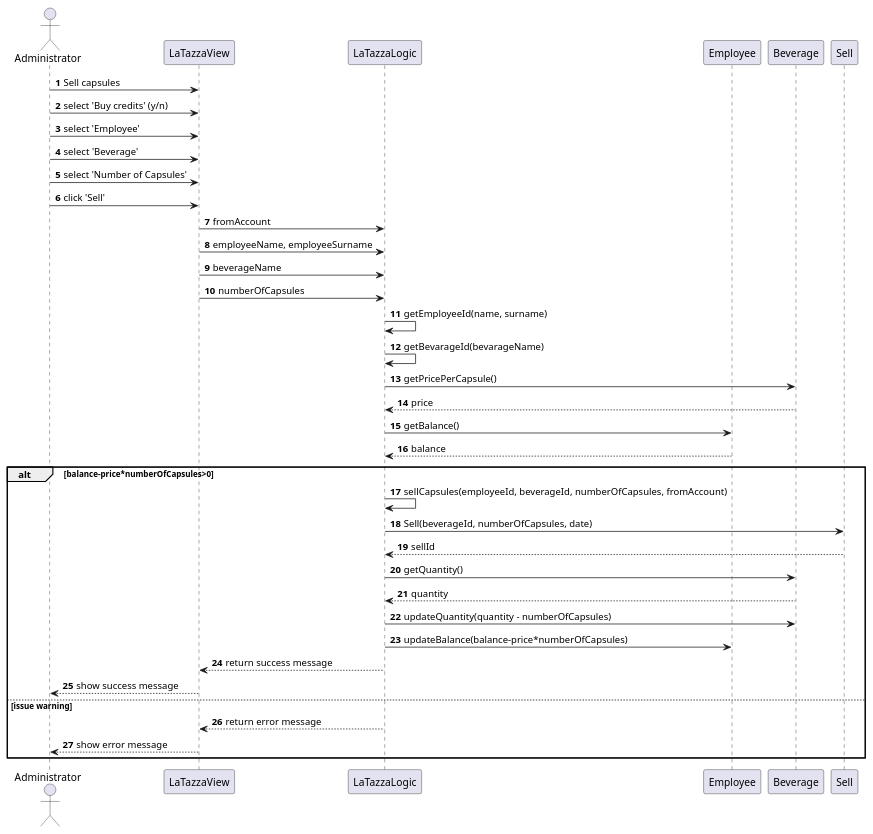
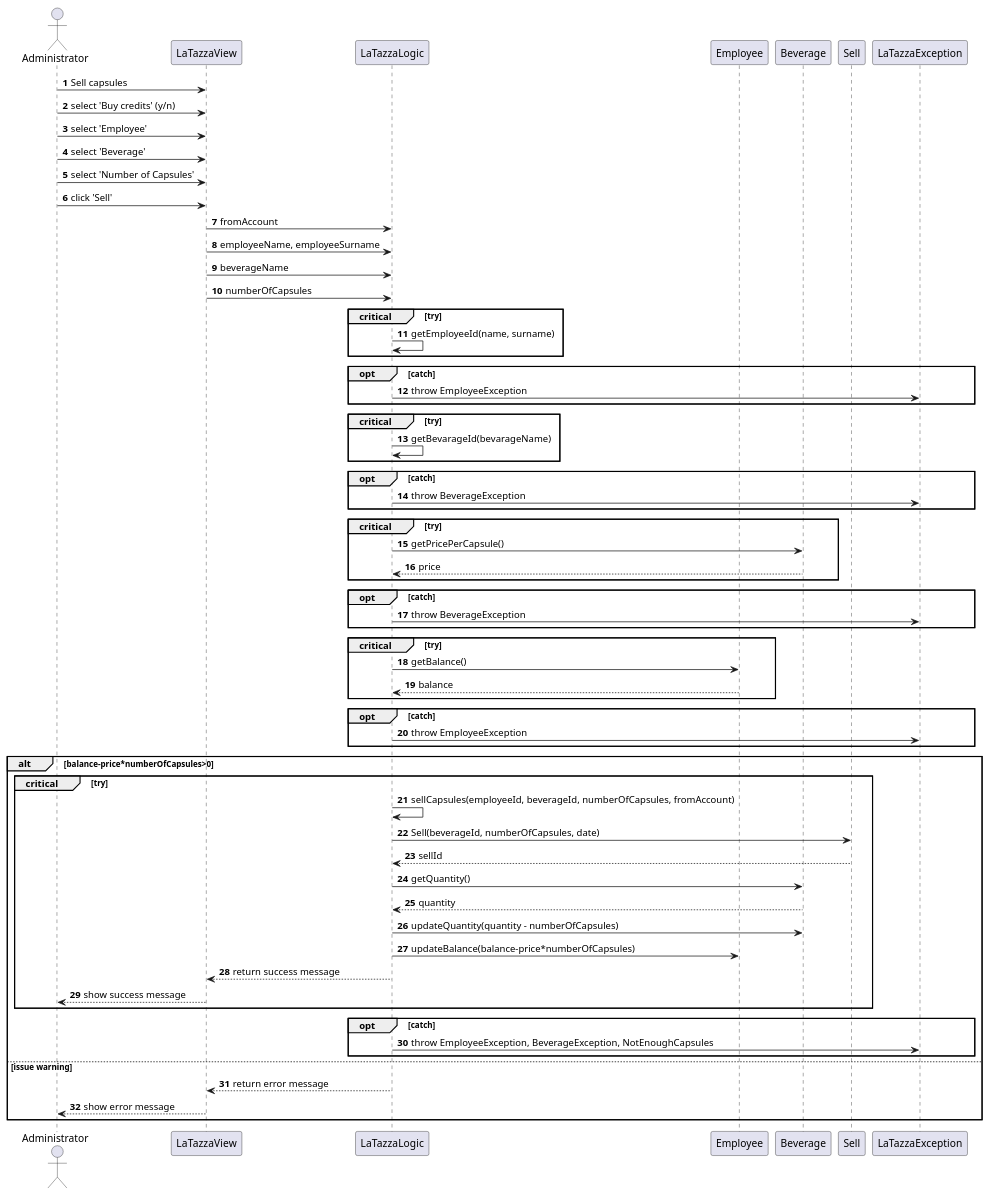
Before and after one commit to SimoneDutto/LaTazza: the third of 3 diagrams in templates/DesignDocumentTemplate.md, drawn with PlantUML. The commit also changed other lines of this file, not shown here.

Commit message:
Add LaTazzaException in Sequence Diagram

````diff
--- a/templates/DesignDocumentTemplate.md
+++ b/templates/DesignDocumentTemplate.md
@@ -219,48 +222,74 @@
 ```plantuml
 actor Administrator
 participant LaTazzaView
 participant LaTazzaLogic
 participant Employee
 participant Beverage
 participant Sell
+participant LaTazzaException
 autonumber
 
 Administrator -> LaTazzaView: Sell capsules
 Administrator -> LaTazzaView: select 'Buy credits' (y/n)
 Administrator -> LaTazzaView: select 'Employee'
 Administrator -> LaTazzaView: select 'Beverage'
 Administrator -> LaTazzaView: select 'Number of Capsules'
 Administrator -> LaTazzaView: click 'Sell'
 
 LaTazzaView -> LaTazzaLogic: fromAccount
 LaTazzaView -> LaTazzaLogic: employeeName, employeeSurname
 LaTazzaView -> LaTazzaLogic: beverageName
 LaTazzaView -> LaTazzaLogic: numberOfCapsules
 
-LaTazzaLogic -> LaTazzaLogic:getEmployeeId(name, surname)
-LaTazzaLogic -> LaTazzaLogic: getBevarageId(bevarageName)
+critical try 
+    LaTazzaLogic -> LaTazzaLogic:getEmployeeId(name, surname)
+end
+opt catch 
+    LaTazzaLogic -> LaTazzaException: throw EmployeeException
+end
 
-LaTazzaLogic -> Beverage: getPricePerCapsule()
-Beverage --> LaTazzaLogic: price
+critical try
+    LaTazzaLogic -> LaTazzaLogic: getBevarageId(bevarageName)
+end
+opt catch
+    LaTazzaLogic -> LaTazzaException: throw BeverageException
+end
 
-LaTazzaLogic -> Employee: getBalance()
+critical try
+    LaTazzaLogic -> Beverage: getPricePerCapsule()
+    Beverage --> LaTazzaLogic: price
+end
+opt catch
+    LaTazzaLogic -> LaTazzaException: throw BeverageException
+end
+
+critical try
+    LaTazzaLogic -> Employee: getBalance()
 Employee --> LaTazzaLogic: balance
+end
+opt catch
+    LaTazzaLogic -> LaTazzaException: throw EmployeeException
+end
 
 alt balance-price*numberOfCapsules>0
-    
+    critical try
     LaTazzaLogic -> LaTazzaLogic: sellCapsules(employeeId, beverageId, numberOfCapsules, fromAccount)
     LaTazzaLogic -> Sell: Sell(beverageId, numberOfCapsules, date)
     Sell --> LaTazzaLogic: sellId
     LaTazzaLogic -> Beverage: getQuantity()
     Beverage --> LaTazzaLogic: quantity
     LaTazzaLogic -> Beverage: updateQuantity(quantity - numberOfCapsules)
     LaTazzaLogic -> Employee: updateBalance(balance-price*numberOfCapsules)
     LaTazzaLogic --> LaTazzaView: return success message
     LaTazzaView --> Administrator: show success message
+    end
+    opt catch
+    LaTazzaLogic -> LaTazzaException: throw EmployeeException, BeverageException, NotEnoughCapsules
+    end
     
 else issue warning
     LaTazzaLogic --> LaTazzaView: return error message
     LaTazzaView --> Administrator: show error message
 end
     
 ```
````
